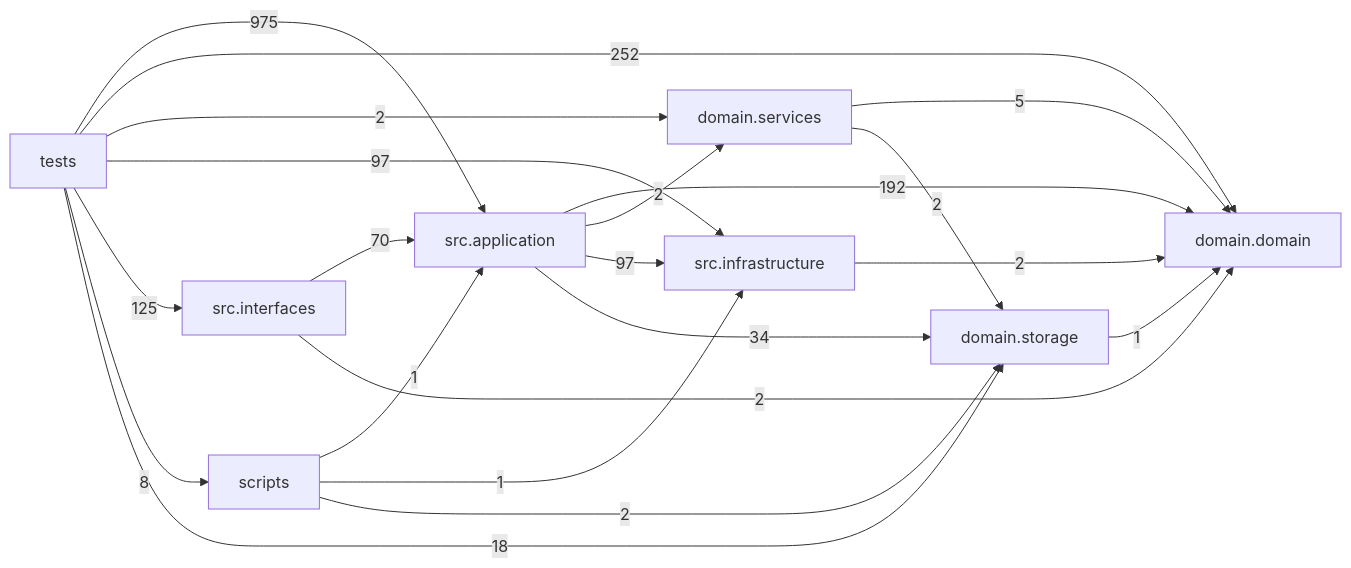
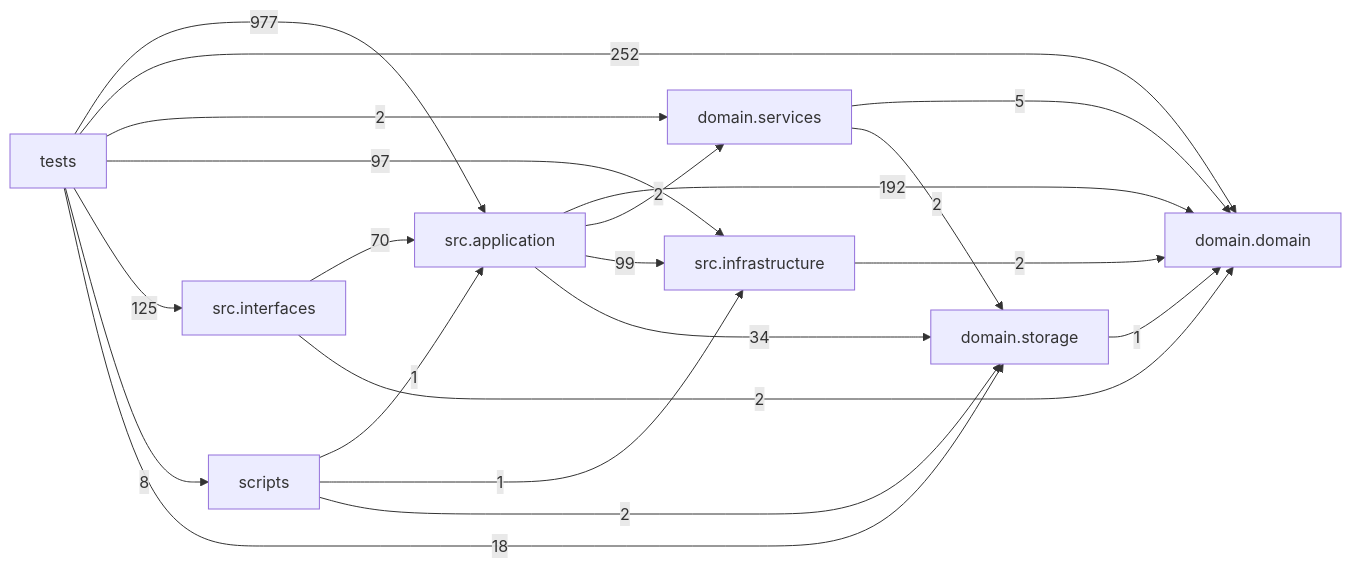
The diagram in docs/DEPENDENCY_GRAPH.md (liuxie066/options-monitor), drawn with Mermaid before and after one commit. The commit also changed other lines of this file and 15 other files, not shown here.

````diff
--- a/docs/DEPENDENCY_GRAPH.md
+++ b/docs/DEPENDENCY_GRAPH.md
@@ -24,31 +24,31 @@
 ```mermaid
 flowchart LR
   tests["tests"]
   scripts["scripts"]
   interfaces["src.interfaces"]
   application["src.application"]
   infrastructure["src.infrastructure"]
   domain_services["domain.services"]
   domain["domain.domain"]
   storage["domain.storage"]
   application -->|192| domain
   application -->|2| domain_services
-  application -->|97| infrastructure
+  application -->|99| infrastructure
   application -->|34| storage
   domain_services -->|5| domain
   domain_services -->|2| storage
   infrastructure -->|2| domain
   interfaces -->|70| application
   interfaces -->|2| domain
   scripts -->|1| application
   scripts -->|1| infrastructure
   scripts -->|2| storage
   storage -->|1| domain
-  tests -->|975| application
+  tests -->|977| application
   tests -->|252| domain
   tests -->|2| domain_services
   tests -->|97| infrastructure
   tests -->|125| interfaces
   tests -->|8| scripts
   tests -->|18| storage
 ```
````
